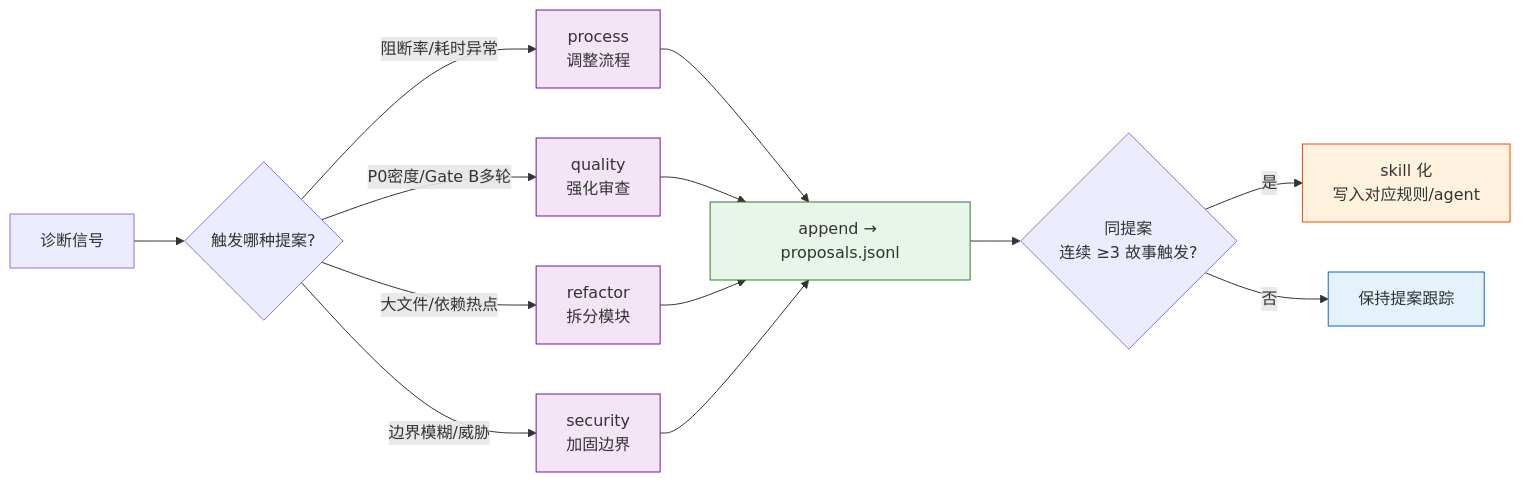
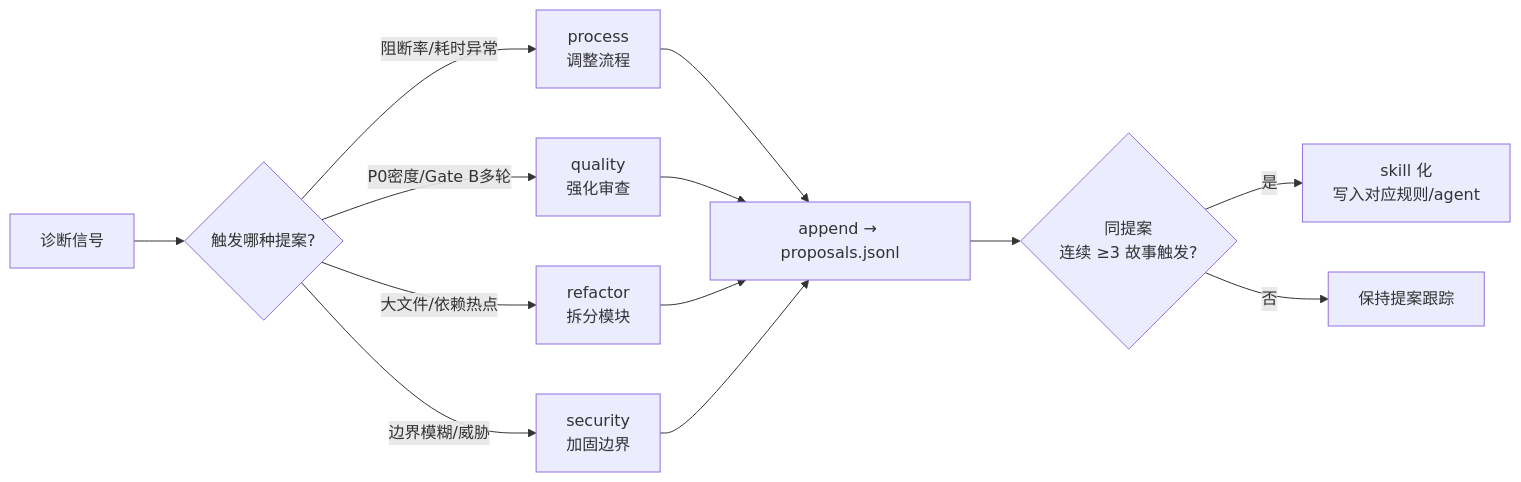
One commit to effiy/YrY changed the fourth of 6 diagrams in agents/self-improve.md. Above: the diagram before and after it, drawn with Mermaid. The commit also changed other lines of this file and 9 other files, not shown here.

````diff
--- a/agents/self-improve.md
+++ b/agents/self-improve.md
@@ -130,17 +121,13 @@
 ```mermaid
 flowchart LR
     DIAG["诊断信号"] --> TYPE{"触发哪种提案?"}
     TYPE -->|"阻断率/耗时异常"| PRC["process<br/>调整流程"]:::prop
     TYPE -->|"P0密度/Gate B多轮"| QLT["quality<br/>强化审查"]:::prop
     TYPE -->|"大文件/依赖热点"| REF["refactor<br/>拆分模块"]:::prop
     TYPE -->|"边界模糊/威胁"| SEC["security<br/>加固边界"]:::prop
     PRC & QLT & REF & SEC --> AP["append → proposals.jsonl"]:::out
     AP --> RE{"同提案<br/>连续 ≥3 故事触发?"}
     RE -->|"是"| SKL["skill 化<br/>写入对应规则/agent"]:::up
     RE -->|"否"| WAIT["保持提案跟踪"]:::wait
 
-    classDef prop fill:#f3e5f5,stroke:#6a1b9a;
-    classDef out fill:#e8f5e9,stroke:#2e7d32;
-    classDef up fill:#fff3e0,stroke:#e65100;
-    classDef wait fill:#e3f2fd,stroke:#1565c0;
 ```
````
